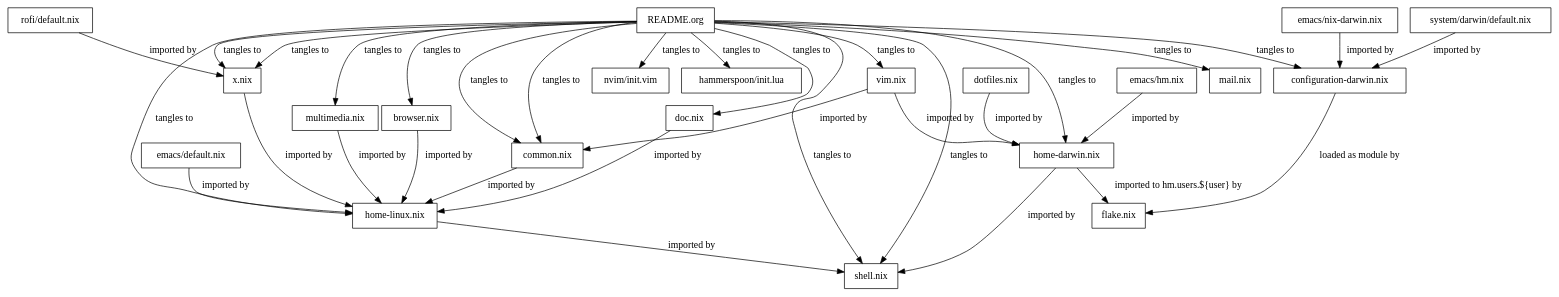
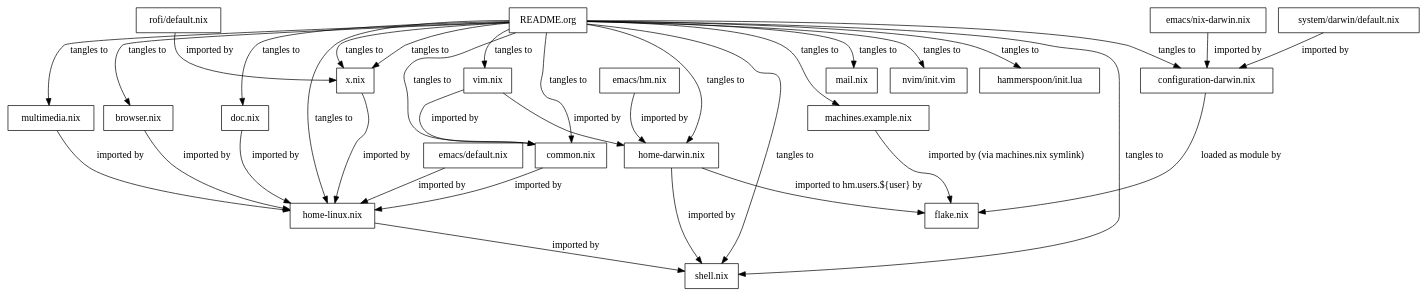
Before and after one commit to vidbina/dotfiles: the diagram in README.org, drawn with Graphviz. The commit also changed other lines of this file and 4 other files, not shown here.

Commit message:
refactor: move machine config to machines.nix [ai:claude]

```diff
--- a/README.org
+++ b/README.org
@@ -22,75 +22,76 @@
 #+begin_src dot :file doc/sys-conf-setup.png :exports results
 digraph G {
   node_this [shape=box, label="README.org"]
 
   // not defined in this file but referenced here
   node_emacs_nix_darwin_nix [shape=box, label="emacs/nix-darwin.nix"]
   node_emacs_hm_nix [shape=box, label="emacs/hm.nix"]
   node_emacs_default_nix [shape=box, label="emacs/default.nix"]
   node_rofi_default_nix [shape=box, label="rofi/default.nix"]
   node_system_darwin_default_nix [shape=box, label="system/darwin/default.nix"]
   node_flake_nix [shape=box, label="flake.nix"]
 
   // defined in this file
   node_common_nix [shape=box, label="common.nix"]
   node_shell_nix [shape=box, label="shell.nix"]
   node_x_nix [shape=box, label="x.nix"]
   node_mail_nix [shape=box, label="mail.nix"]
-  node_dotfiles_nix [shape=box, label="dotfiles.nix"]
+  node_machines_example_nix [shape=box, label="machines.example.nix"]
   node_vim_nix [shape=box, label="vim.nix"]
   node_multimedia_nix [shape=box, label="multimedia.nix"]
   node_browser_nix [shape=box, label="browser.nix"]
   node_doc_nix [shape=box, label="doc.nix"]
 
   node_home_darwin_nix [shape=box, label="home-darwin.nix"]
   node_home_linux_nix [shape=box, label="home-linux.nix"]
   node_configuration_darwin_nix [shape=box, label="configuration-darwin.nix"]
 
   node_nvim_init_vim [shape=box, label="nvim/init.vim"]
   node_hammerspoon_init_lua [shape=box, label="hammerspoon/init.lua"]
 
   node_this -> node_common_nix [label="tangles to"]
   node_this -> node_shell_nix [label="tangles to"]
   node_this -> node_x_nix [label="tangles to"]
   node_this -> node_common_nix [label="tangles to"]
   node_this -> node_shell_nix [label="tangles to"]
   node_this -> node_x_nix [label="tangles to"]
   node_this -> node_mail_nix [label="tangles to"]
   node_this -> node_vim_nix [label="tangles to"]
   node_this -> node_multimedia_nix [label="tangles to"]
   node_this -> node_browser_nix [label="tangles to"]
   node_this -> node_doc_nix [label="tangles to"]
   node_this -> node_home_darwin_nix [label="tangles to"]
   node_this -> node_home_linux_nix [label="tangles to"]
   node_this -> node_nvim_init_vim [label="tangles to"]
   node_this -> node_hammerspoon_init_lua [label="tangles to"]
   node_this -> node_configuration_darwin_nix [label="tangles to"]
 
   node_vim_nix -> node_common_nix [label="imported by"]
 
-  node_dotfiles_nix -> node_home_darwin_nix [label="imported by"]
+  node_this -> node_machines_example_nix [label="tangles to"]
+  node_machines_example_nix -> node_flake_nix [label="imported by (via machines.nix symlink)"]
   node_vim_nix -> node_home_darwin_nix [label="imported by"]
   node_emacs_hm_nix -> node_home_darwin_nix [label="imported by"]
 
   node_common_nix -> node_home_linux_nix [label="imported by"]
   node_doc_nix -> node_home_linux_nix [label="imported by"]
   node_browser_nix -> node_home_linux_nix [label="imported by"]
   node_x_nix -> node_home_linux_nix [label="imported by"]
   node_multimedia_nix -> node_home_linux_nix [label="imported by"]
   node_emacs_default_nix -> node_home_linux_nix [label="imported by"]
 
   node_rofi_default_nix -> node_x_nix [label="imported by"]
 
   node_emacs_nix_darwin_nix -> node_configuration_darwin_nix [label="imported by"]
   node_system_darwin_default_nix -> node_configuration_darwin_nix [label="imported by"]
 
   node_home_linux_nix -> node_shell_nix [label="imported by"]
   node_home_darwin_nix -> node_shell_nix [label="imported by"]
 
   node_configuration_darwin_nix -> node_flake_nix [label="loaded as module by"]
   node_home_darwin_nix -> node_flake_nix [label="imported to hm.users.${user} by"]
   // node_this -> node_default_nix [label="tangles to", style=dotted]
   // node_this -> node_default_darwin_nix [label="tangles to", style=dotted]
   // node_personal_example -> node_personal [style=dotted]
 }
 #+end_src
```
